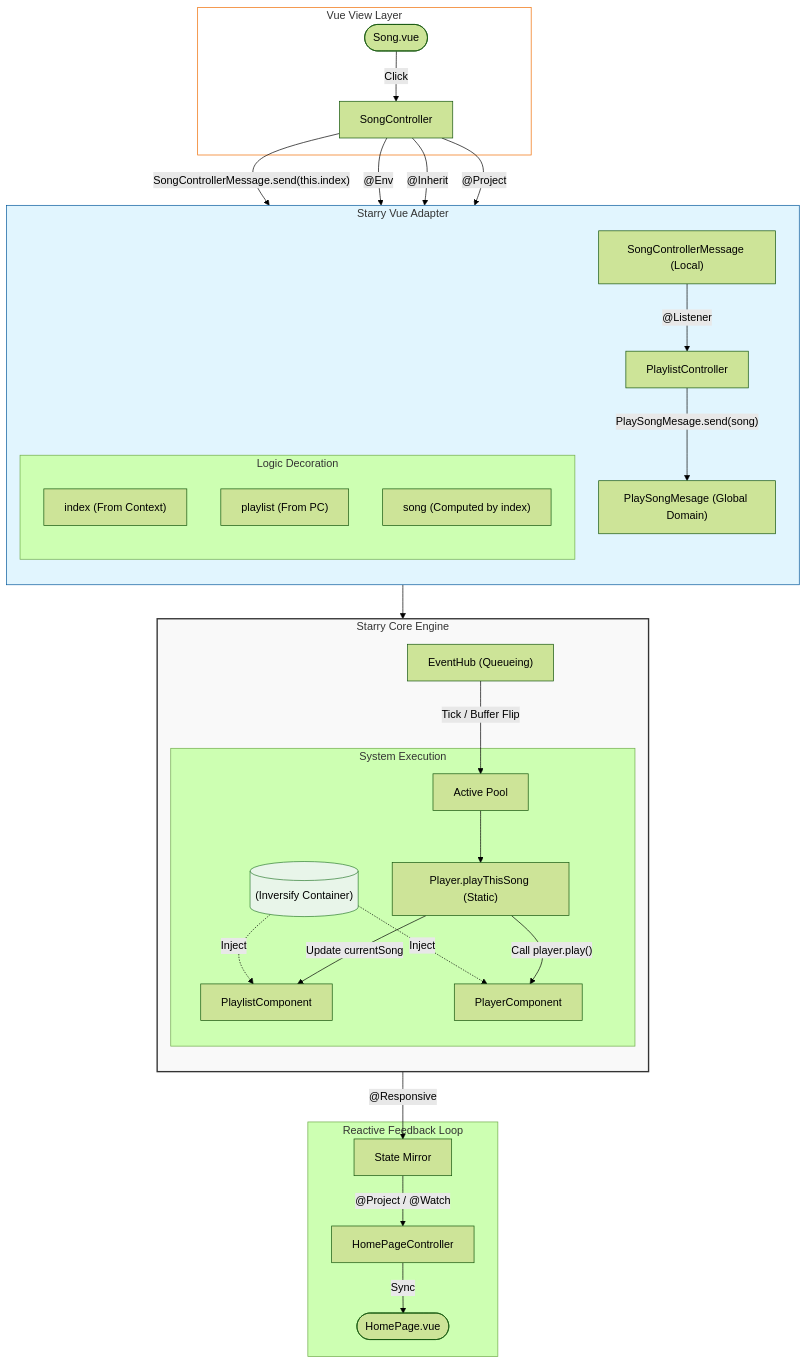
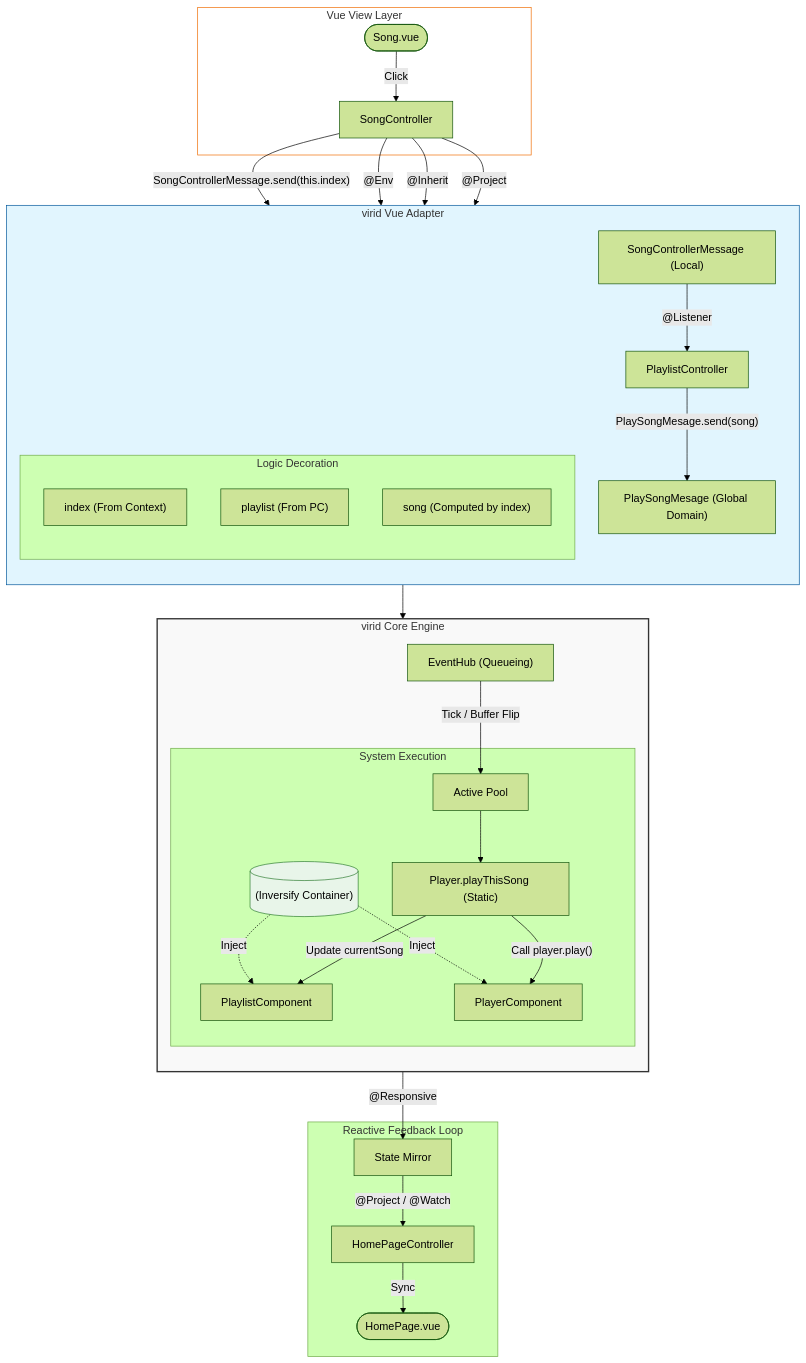
One commit to ArisuYuki/virid changed the diagram in packages/vue/README.md. Above: the diagram before and after it, drawn with Mermaid (forest theme). The commit also changed other lines of this file and 37 other files, not shown here.

````diff
--- a/packages/vue/README.md
+++ b/packages/vue/README.md
@@ -240,52 +243,52 @@
 ```mermaid
 graph TD
     %% 视图层
     subgraph ViewLayer ["Vue View Layer"]
         SUI(["Song.vue"]) -->|Click| SC[SongController]
     end
 
     %% 适配层：装饰器魔法与消息路由
-    subgraph Adapter ["Starry Vue Adapter"]
+    subgraph Adapter ["virid Vue Adapter"]
         direction TB
         SC -->|"SongControllerMessage.send(this.index)"| SCM["SongControllerMessage (Local)"]
-        
+
         %% 核心拦截逻辑
         SCM -->|"@Listener"| PC[PlaylistController]
-        
+
         subgraph Magic ["Logic Decoration"]
             SC -- "@Env" --> E["index (From Context)"]
             SC -- "@Inherit" --> I["playlist (From PC)"]
             SC -- "@Project" --> P["song (Computed by index)"]
         end
-        
+
         PC -->|"PlaySongMesage.send(song)"| PSM["PlaySongMesage (Global Domain)"]
     end
 
     %% 核心引擎：确定性处理
-    subgraph Core ["Starry Core Engine"]
+    subgraph Core ["virid Core Engine"]
         direction TB
         PSM --> Hub["EventHub (Queueing)"]
         Hub -->|"Tick / Buffer Flip"| Active["Active Pool"]
-        
+
         subgraph Execution ["System Execution"]
             Active --> Sys["Player.playThisSong (Static)"]
             DI[("(Inversify Container)")] -.->|Inject| PLC["PlaylistComponent"]
             DI -.->|Inject| PCMP["PlayerComponent"]
             Sys -->|"Update currentSong"| PLC
             Sys -->|"Call player.play()"| PCMP
         end
     end
 
     %% 响应式回馈
     subgraph Feedback ["Reactive Feedback Loop"]
         PLC -->|"@Responsive"| Mirror["State Mirror"]
         Mirror -->|"@Project / @Watch"| HPC["HomePageController"]
         HPC -->|Sync| HUI(["HomePage.vue"])
     end
 
     %% 样式
     style Core fill:#f9f9f9,stroke:#333,stroke-width:2px
     style Adapter fill:#e1f5fe,stroke:#01579b
     style ViewLayer fill:#fff,stroke:#ef6c00
     style DI fill:#e8f5e9,stroke:#2e7d32
 ```
````
